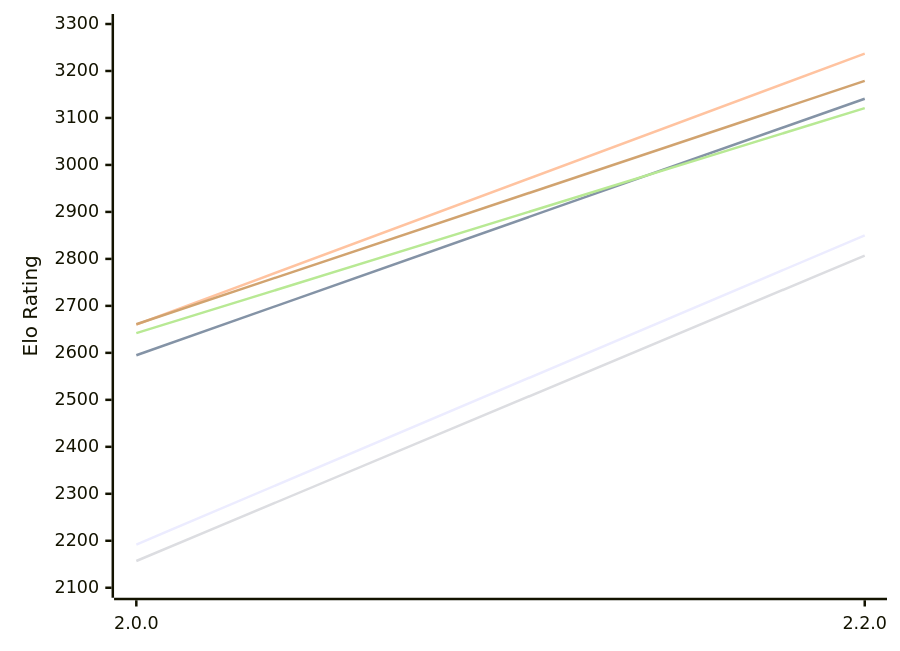
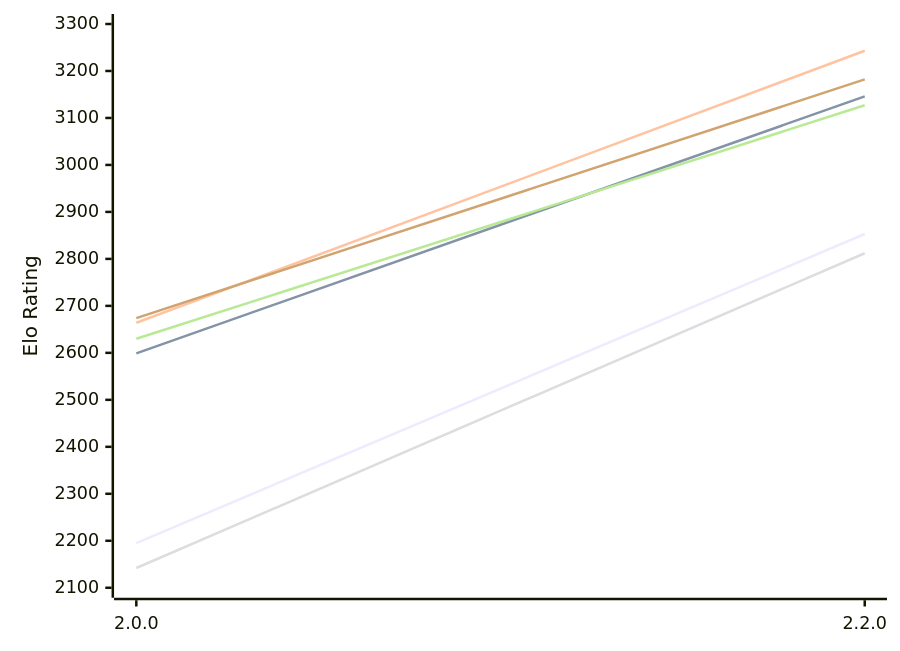
The first of 2 diagrams in engines/SoloEngine.md (computer-chess-index/cci), drawn with Mermaid before and after one commit. The commit also changed other lines of this file, not shown here.

Commit message:
Update CCI Ratings (ELO VLTC) - 2026-11-20

````diff
--- a/engines/SoloEngine.md
+++ b/engines/SoloEngine.md
@@ -55,12 +55,12 @@
 ```mermaid
 %%{init: {"theme":"base","themeVariables":{"seriesColors:['#a3a3a3','#222221','#faa371']}}}%%
 xychart-beta
   x-axis ["2.0.0", "2.2.0"]
   y-axis "Elo Rating" 2100 --> 3300
-  line "E1: STC (8.0+0.08s)" [2192, 2850]
-  line "E1: LTC (60.0+0.60s)" [2595, 3141]
-  line "E1: VLTC (2m24s+1.12s)" [2660, 3237]
-  line "P1: STC (8.0+0.08s)" [2157, 2807]
-  line "P1: LTC (60.0+0.60s)" [2642, 3121]
-  line "P1: VLTC (2m24s+1.12s)" [2661, 3179]
+  line "E1: STC (8.0+0.08s)" [2195, 2853]
+  line "E1: LTC (60.0+0.60s)" [2599, 3146]
+  line "E1: VLTC (2m24s+1.12s)" [2664, 3243]
+  line "P1: STC (8.0+0.08s)" [2142, 2812]
+  line "P1: LTC (60.0+0.60s)" [2630, 3127]
+  line "P1: VLTC (2m24s+1.12s)" [2674, 3182]
 ```
````
